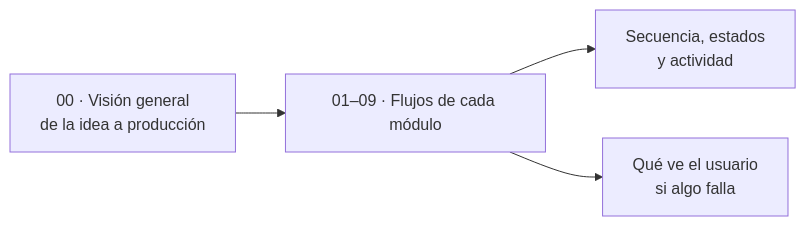
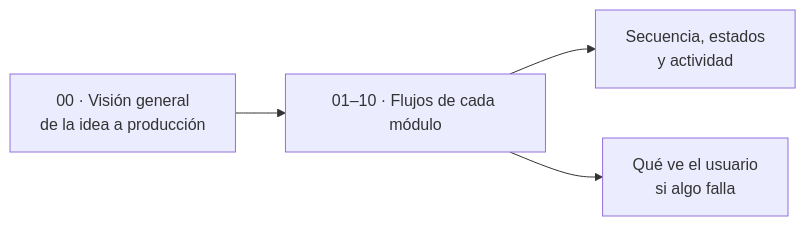
The diagram in documentacion/06-flujos/README.md (PabloP150/proyecto-is-cc6), drawn with Mermaid before and after one commit. The commit also changed other lines of this file and 204 other files, not shown here.

First line of the commit message:
docs: update all documentation, diagrams and PNGs to the test/e2e state

````diff
--- a/documentacion/06-flujos/README.md
+++ b/documentacion/06-flujos/README.md
@@ -5,6 +5,6 @@
 ```mermaid
 flowchart LR
-    G["00 · Visión general<br/>de la idea a producción"] --> M["01–09 · Flujos de cada módulo"]
+    G["00 · Visión general<br/>de la idea a producción"] --> M["01–10 · Flujos de cada módulo"]
     M --> S["Secuencia, estados<br/>y actividad"]
     M --> F["Qué ve el usuario<br/>si algo falla"]
 ```
````
